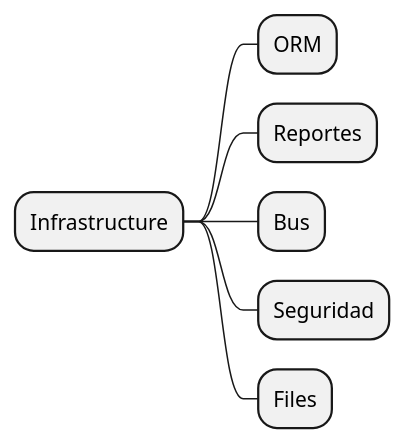
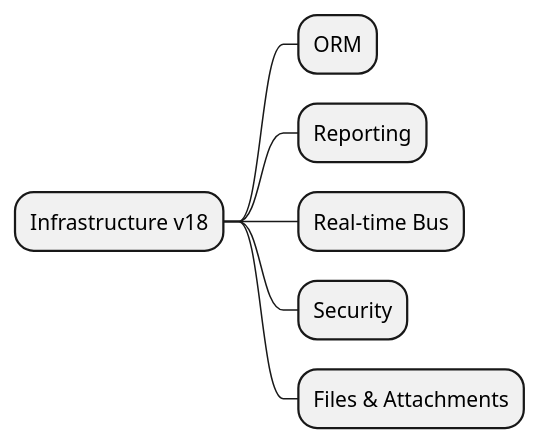
The diagram in Odoo 18/Core/Infrastructure/Index.md (rafageist/odoo-documentation), drawn with PlantUML before and after one commit. The commit also changed other lines of this file and 1 other file, not shown here.

Commit message:
Document Odoo 18 bus infrastructure

````diff
--- a/Odoo 18/Core/Infrastructure/Index.md
+++ b/Odoo 18/Core/Infrastructure/Index.md
@@ -14,10 +16,10 @@
 ```plantuml
 @startmindmap
-* Infrastructure
+* Infrastructure v18
 ** ORM
-** Reportes
-** Bus
-** Seguridad
-** Files
+** Reporting
+** Real-time Bus
+** Security
+** Files & Attachments
 @endmindmap
 ```
````
